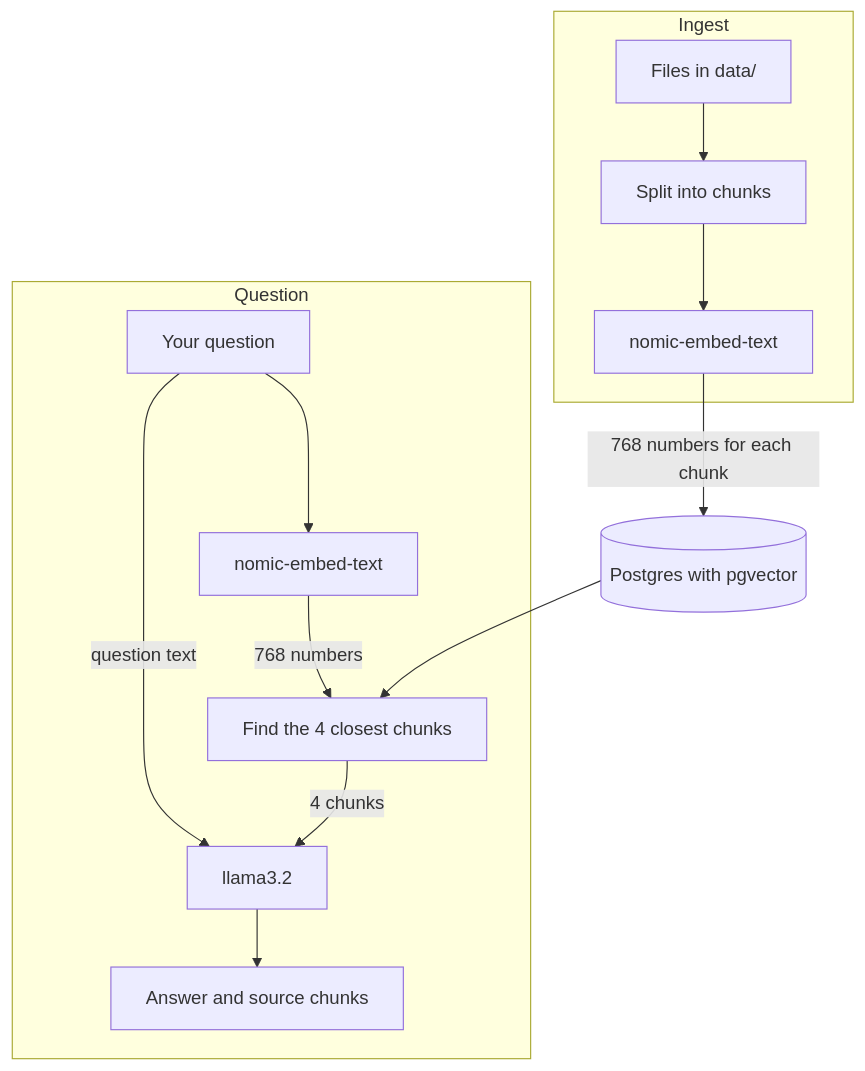
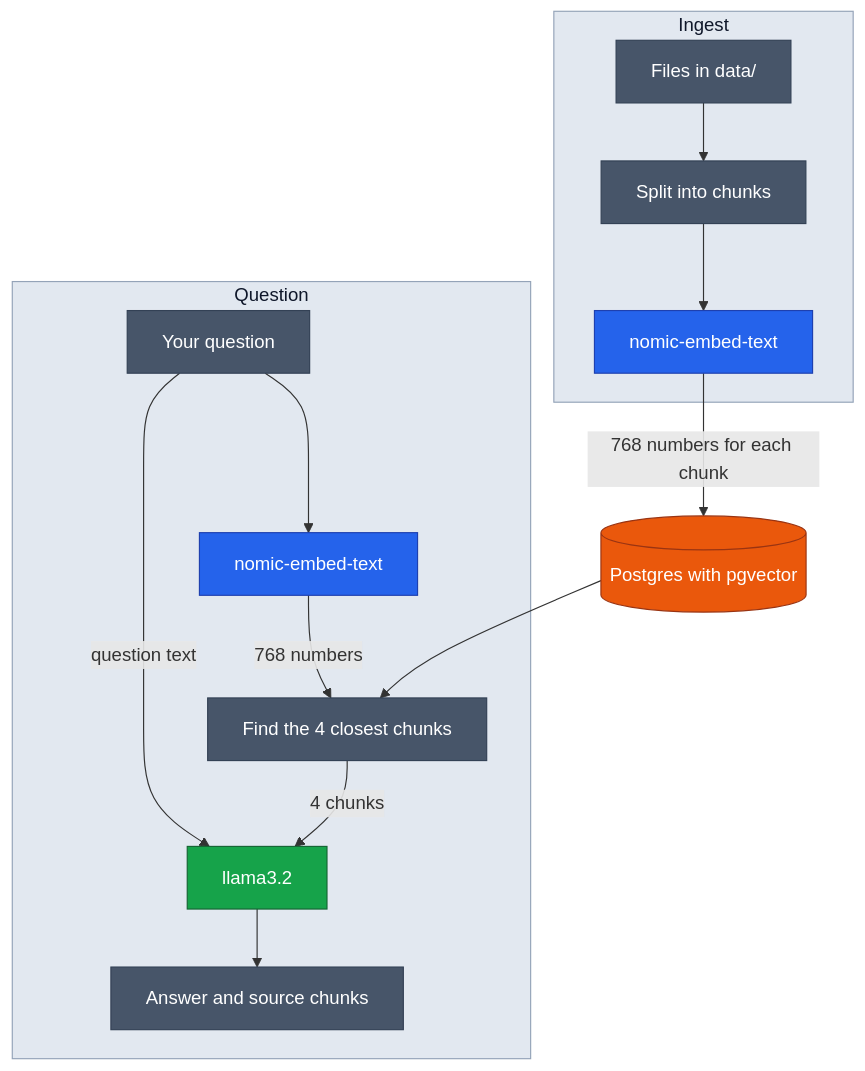
One commit to Apu-Emdad/RAG-Document-Assistant-api changed the diagram in README.md. Above: the diagram before and after it, drawn with Mermaid.

Commit message:
docs: set fixed colors in the diagram (refs #7)

````diff
--- a/README.md
+++ b/README.md
@@ -11,19 +11,32 @@
 ```mermaid
 flowchart TD
     subgraph Ingest
         files["Files in data/"] --> chunks["Split into chunks"]
         chunks --> embedChunks["nomic-embed-text"]
     end
 
     embedChunks -- "768 numbers for each chunk" --> db[("Postgres with pgvector")]
 
     subgraph Question
         question["Your question"] --> embedQuestion["nomic-embed-text"]
         embedQuestion -- "768 numbers" --> closest["Find the 4 closest chunks"]
         closest -- "4 chunks" --> llama["llama3.2"]
         question -- "question text" --> llama
         llama --> answer["Answer and source chunks"]
     end
 
     db --> closest
+
+    classDef embed fill:#2563eb,stroke:#1e40af,color:#ffffff
+    classDef llm fill:#16a34a,stroke:#166534,color:#ffffff
+    classDef store fill:#ea580c,stroke:#9a3412,color:#ffffff
+    classDef step fill:#475569,stroke:#334155,color:#ffffff
+
+    class embedChunks,embedQuestion embed
+    class llama llm
+    class db store
+    class files,chunks,question,closest,answer step
+
+    style Ingest fill:#e2e8f0,stroke:#94a3b8,color:#0f172a
+    style Question fill:#e2e8f0,stroke:#94a3b8,color:#0f172a
 ```
````
